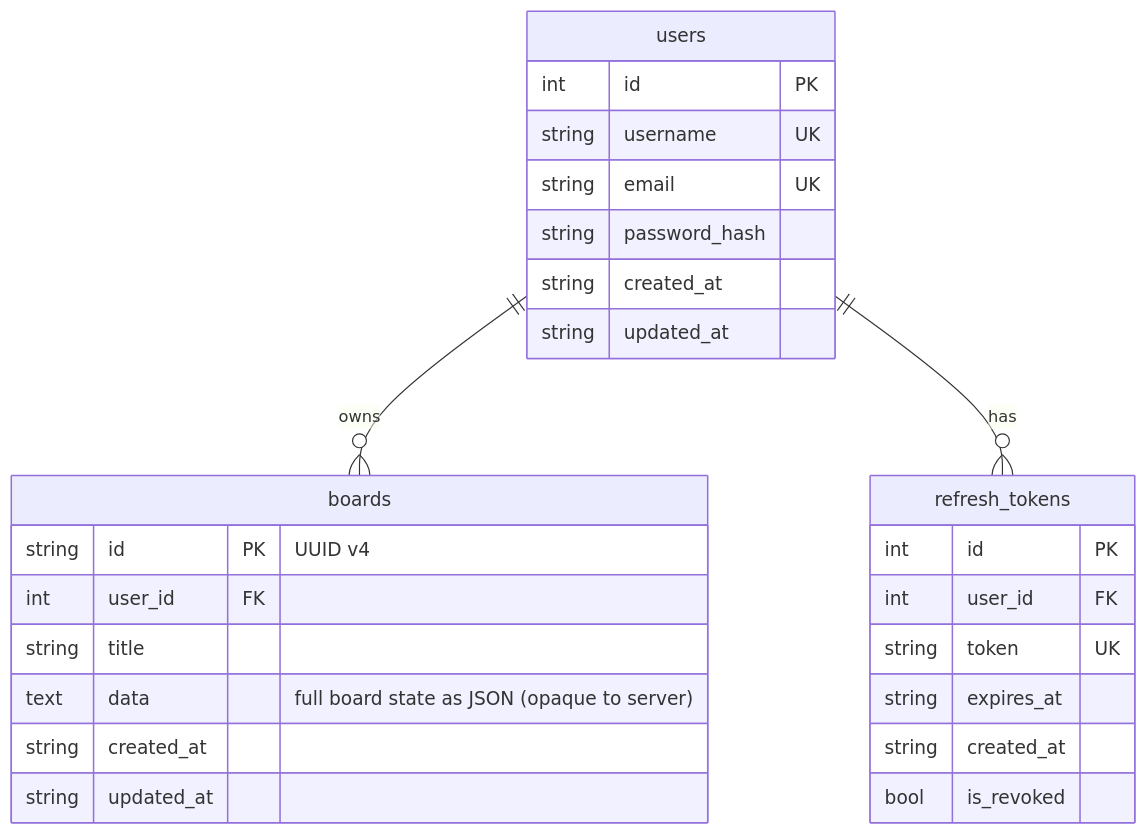
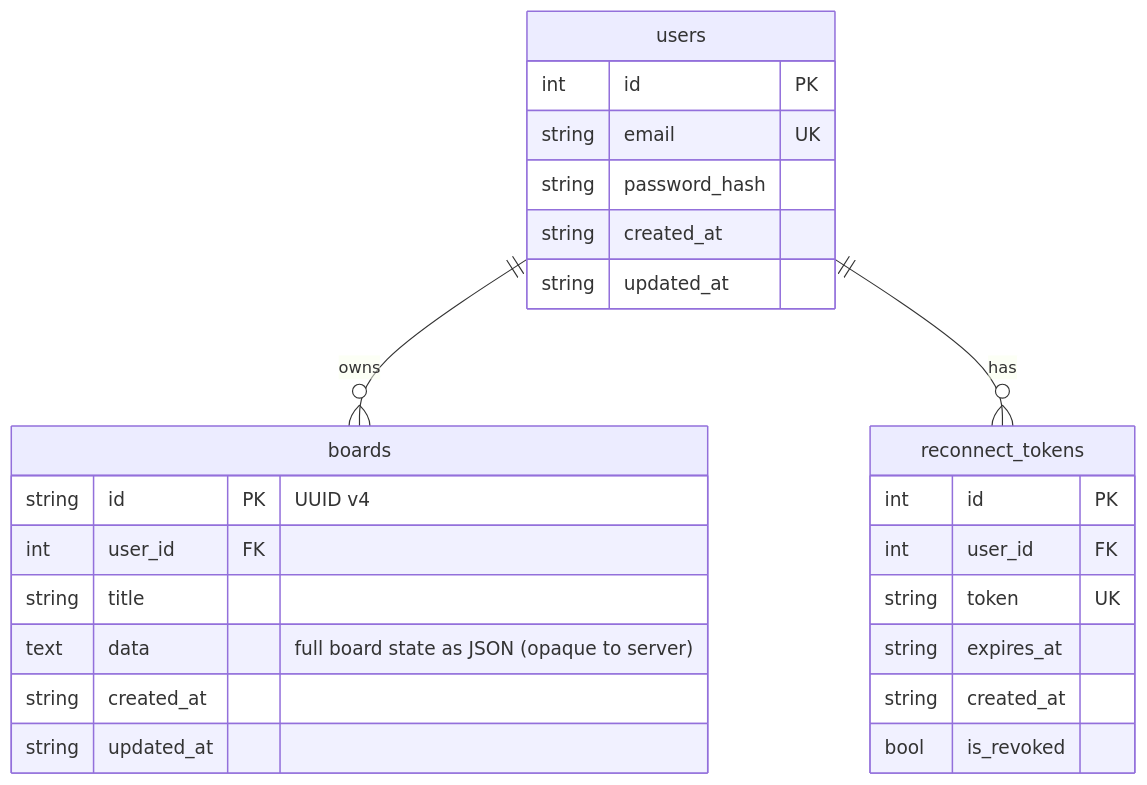
The diagram in README.md (h3x4d3c1m4l/h3xBoardServer), drawn with Mermaid before and after one commit. The commit also changed other lines of this file and 13 other files, not shown here.

````diff
--- a/README.md
+++ b/README.md
@@ -18,32 +18,31 @@
 ```mermaid
 erDiagram
     users {
         int     id           PK
-        string  username     UK
         string  email        UK
         string  password_hash
         string  created_at
         string  updated_at
     }
 
     boards {
         string  id           PK "UUID v4"
         int     user_id      FK
         string  title
         text    data            "full board state as JSON (opaque to server)"
         string  created_at
         string  updated_at
     }
 
-    refresh_tokens {
+    reconnect_tokens {
         int     id           PK
         int     user_id      FK
         string  token        UK
         string  expires_at
         string  created_at
         bool    is_revoked
     }
 
     users ||--o{ boards          : owns
-    users ||--o{ refresh_tokens  : has
+    users ||--o{ reconnect_tokens  : has
 ```
````
